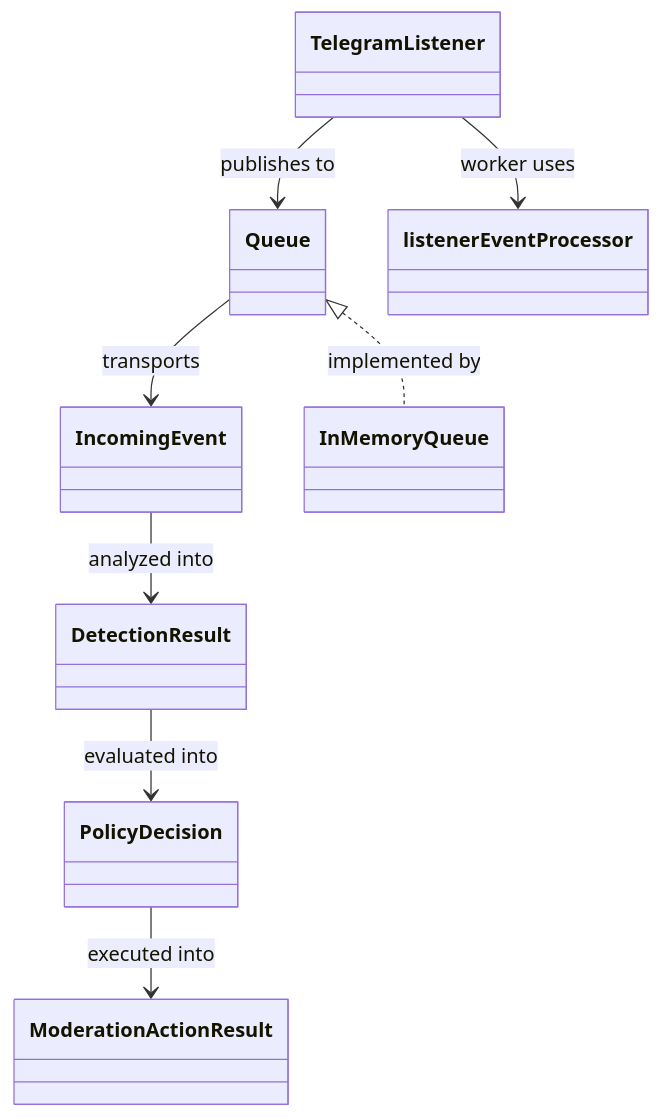
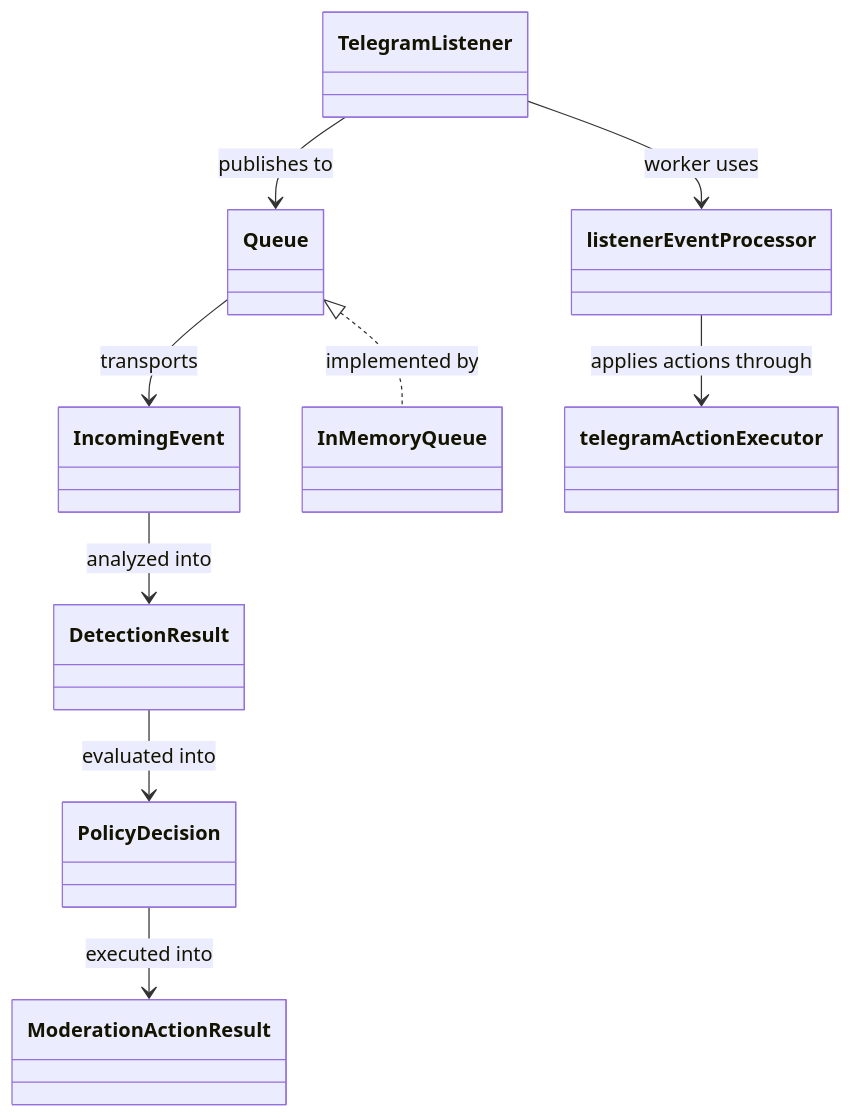
One commit to redstone-md/shield changed the third of 3 diagrams in docs/Architecture.md. Above: the diagram before and after it, drawn with Mermaid. The commit also changed other lines of this file and 9 other files, not shown here.

Commit message:
refactor: extract telegram action executor

````diff
--- a/docs/Architecture.md
+++ b/docs/Architecture.md
@@ -73,19 +75,21 @@
 ```mermaid
 classDiagram
   class TelegramListener
   class IncomingEvent
   class DetectionResult
   class PolicyDecision
   class ModerationActionResult
   class Queue
   class InMemoryQueue
   class listenerEventProcessor
+  class telegramActionExecutor
 
   TelegramListener --> Queue : publishes to
   Queue <|.. InMemoryQueue : implemented by
   TelegramListener --> listenerEventProcessor : worker uses
+  listenerEventProcessor --> telegramActionExecutor : applies actions through
   Queue --> IncomingEvent : transports
   IncomingEvent --> DetectionResult : analyzed into
   DetectionResult --> PolicyDecision : evaluated into
   PolicyDecision --> ModerationActionResult : executed into
 ```
````
